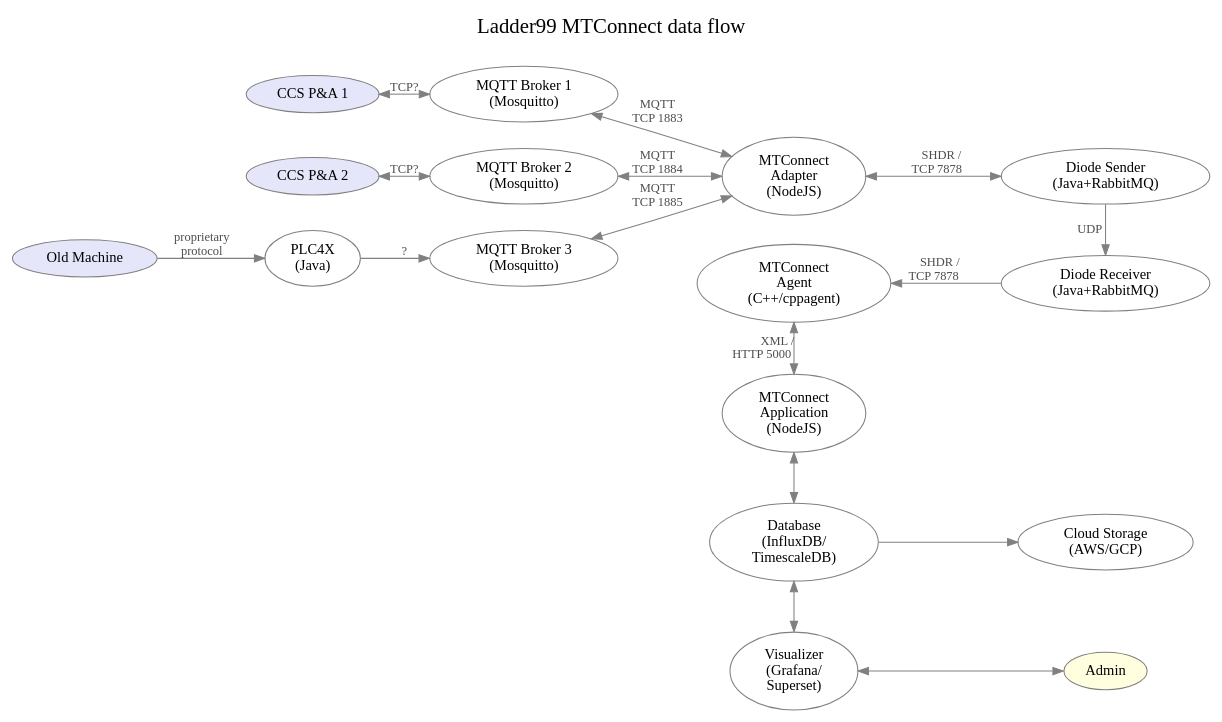
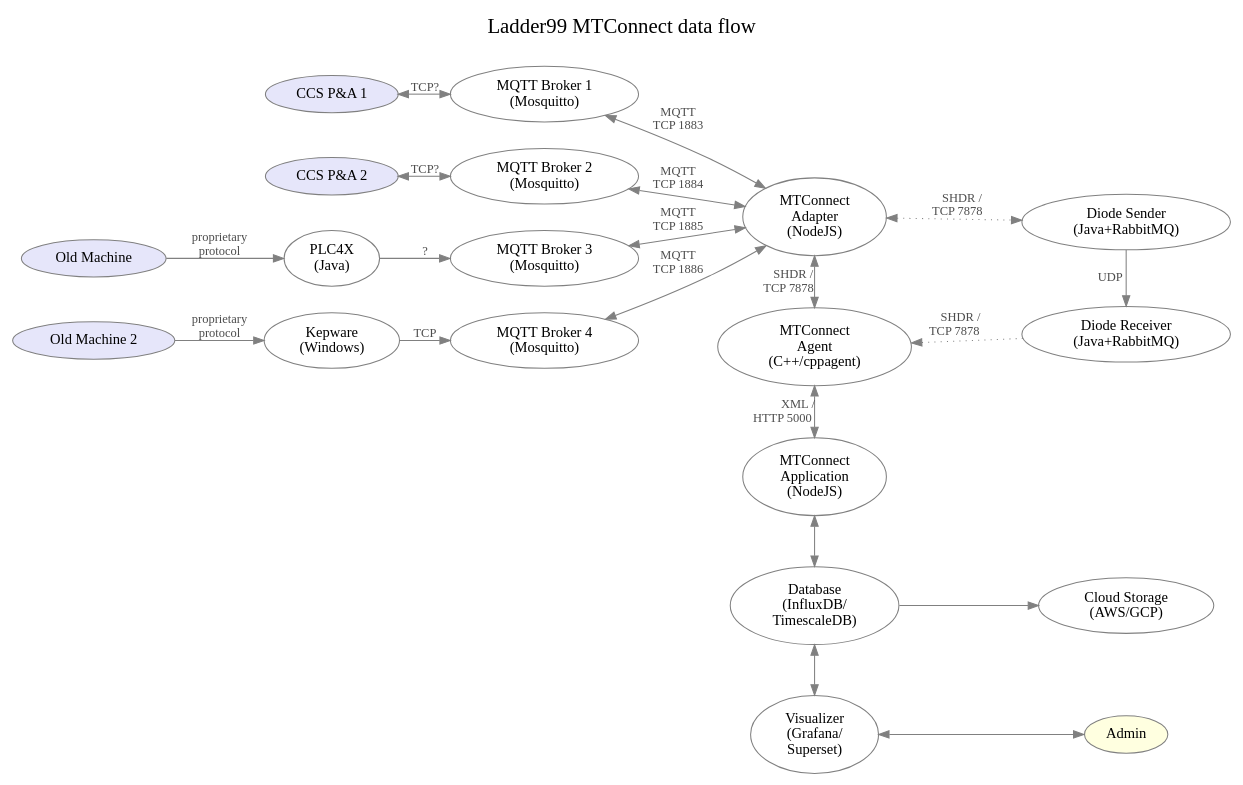
The diagram in design/architecture.dot (Ladder99/ladder99), drawn with Graphviz before and after one commit.

```diff
--- a/design/architecture.dot
+++ b/design/architecture.dot
@@ -1,80 +1,86 @@
 digraph "ladder99-adapter" {
 
   // styles
   graph [ label="Ladder99 MTConnect data flow\n "; color=lightgray; ];
   graph [ fontsize=20 ];
   graph [ labelloc=t ];
   graph [ ranksep=0.2 ];
   graph [ nodesep=0.35 ];
   graph [ rankdir=LR; ] // left-to-right
   node [ color=gray; fillcolor=white; style=filled ];
   edge [ color=gray ];
   edge [ fontsize=12; fontcolor=gray30; ];
 
   // nodes
   PA1 [ fillcolor=lavender; label="CCS P&A 1" ];
   PA2 [ fillcolor=lavender; label="CCS P&A 2" ];
   OldMachine [ fillcolor=lavender; label="Old Machine" ];
   PLC4X [ label="PLC4X\n(Java)" ];
+  OldMachine2 [ fillcolor=lavender; label="Old Machine 2" ];
+  Kepware [ label="Kepware\n(Windows)"];
   Broker1 [ label="MQTT Broker 1\n(Mosquitto)" ];
   Broker2 [ label="MQTT Broker 2\n(Mosquitto)" ];
   Broker3 [ label="MQTT Broker 3\n(Mosquitto)" ];
+  Broker4 [ label="MQTT Broker 4\n(Mosquitto)" ];
   Adapter [ label="MTConnect\nAdapter\n(NodeJS)" ];
   // Device1Sheet [ fillcolor=greenyellow; label="device1.sheet" ];
   // Device1Yaml [ fillcolor=greenyellow; label="device1.yaml" ];
   // Device1Js [ label="device1.js" ];
   // Device2Sheet [ fillcolor=greenyellow; label="device2.sheet" ];
   // Device2Yaml [ fillcolor=greenyellow; label="device2.yaml" ];
   // Device2Js [ label="device2.js" ];
   DiodeSender [ label="Diode Sender\n(Java+RabbitMQ)" ];
   DiodeReceiver [ label="Diode Receiver\n(Java+RabbitMQ)" ];
   // DevicesXml [ label="devices.xml" ];
   Agent [ label="MTConnect\nAgent\n(C++/cppagent)" ];
   Application [ label="MTConnect\nApplication\n(NodeJS)" ];
   Database [ label="Database\n(InfluxDB/\nTimescaleDB)" ];
   Visualizer [ label="Visualizer\n(Grafana/\nSuperset)" ];
   Cloud [ label="Cloud Storage\n(AWS/GCP)" ];
   Admin [ fillcolor=lightyellow ];
   // LOI [ label="LOI\n(SvelteJS)" ];
   // Operator [ fillcolor=lightyellow ];
 
   // edges
   PA1 -> Broker1 [ label="TCP?", dir=both ];
   PA2 -> Broker2 [ label="TCP?", dir=both ];
   OldMachine -> PLC4X [ label="proprietary\nprotocol" ];
   PLC4X -> Broker3 [ label="?" ];
+  OldMachine2 -> Kepware [ label="proprietary\nprotocol" ];
+  Kepware -> Broker4 [ label="TCP" ];
   Broker1 -> Adapter [ label="MQTT\nTCP 1883", dir=both ];
   Broker2 -> Adapter [ label="MQTT\nTCP 1884", dir=both ];
   Broker3 -> Adapter [ label="MQTT\nTCP 1885", dir=both ];
+  Broker4 -> Adapter [ label="MQTT\nTCP 1886", dir=both ];
   
-  // Adapter -> Agent [ label="SHDR /   \nTCP 7878      ", dir=both ];
+  Adapter -> Agent [ label="SHDR /   \nTCP 7878      ", dir=both ];
 
-  Adapter -> DiodeSender [ label="SHDR /   \nTCP 7878      ", dir=both ];
+  Adapter -> DiodeSender [ label="SHDR /   \nTCP 7878      ", dir=both, style=dotted ];
   DiodeSender -> DiodeReceiver [ label="UDP    " ];
-  DiodeReceiver -> Agent [ label="SHDR /    \nTCP 7878        " ];
+  DiodeReceiver -> Agent [ label="SHDR /    \nTCP 7878        ", style=dotted ];
   
   // Device1Sheet -> Device1Yaml [ label="feeds into" ];
   // Device1Yaml -> Device1Js [ label="generates" ];
   // Device1Js -> Proxy1 [ label="used by" ];
   // Device2Sheet -> Device2Yaml [ label="feeds into" ];
   // Device2Yaml -> Device2Js [ label="generates" ];
   // Device2Js -> Proxy2 [ label="used by" ];
   // Device1Yaml -> DevicesXml [ label="generates" ];
   // Device2Yaml -> DevicesXml [ label="generates" ];
   // DiodeSender -> DiodeReceiver [ label="UDP    " ];
   // DiodeReceiver -> Agent [ label="SHDR /    \nTCP 7878        " ];
   // Adapter -> Agent [ label="SHDR/\nTCP 7878" ];
   // DevicesXml -> Agent [ label="used by" ];
   Agent -> Application [ dir=both; label="XML / \nHTTP 5000          " ];
   Application -> Database [ dir=both ];
   Database -> Visualizer [ dir=both ];
   Database -> Cloud;
   Visualizer -> Admin [ dir=both ];
   // Application -> LOI;
   // LOI -> Operator;
 
   // rank
   // { rank=same; DiodeSender DiodeReceiver Agent Application Database Visualizer };
   { rank=same; Adapter Agent Application Database Visualizer };
   { rank=same; DiodeSender DiodeReceiver Cloud Admin };
 }
```
